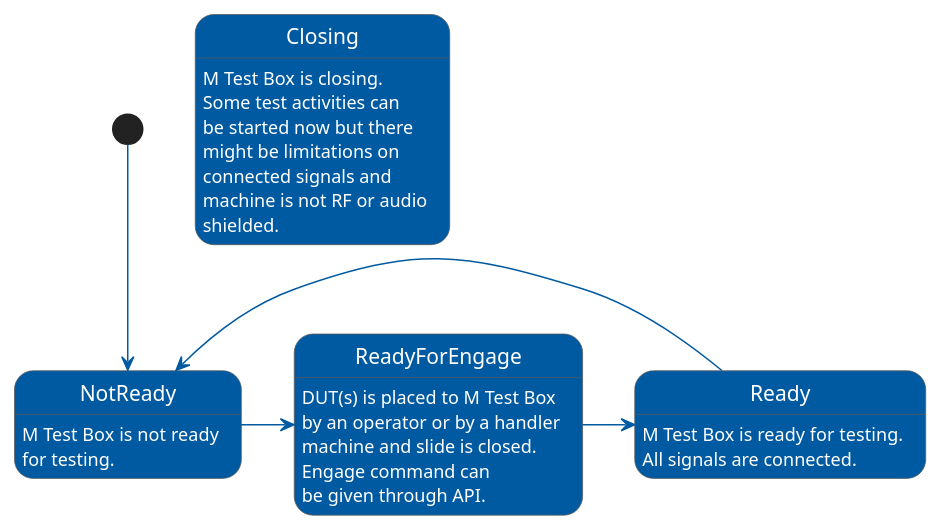
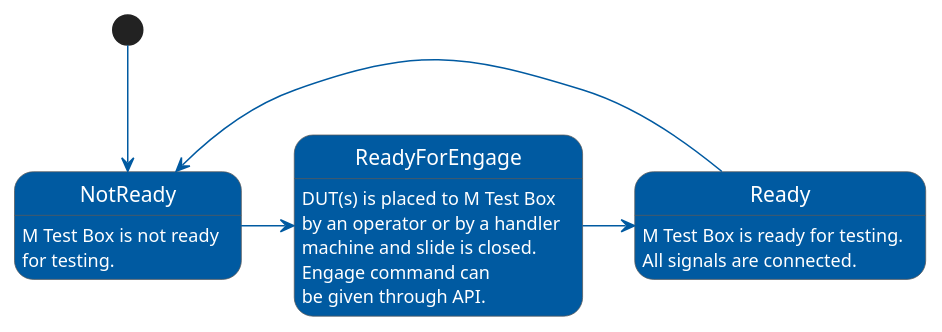
Before and after one commit to jotautomation/G5-Test-Sequencer-Docs: the diagram in pumls/M_box_states.puml, drawn with PlantUML.

Commit message:
No closing state on M box

```diff
--- a/pumls/M_box_states.puml
+++ b/pumls/M_box_states.puml
@@ -1,38 +1,30 @@
 @startuml
 skinparam state {
   StartColor #005aa1
   EndColor Red
   BackgroundColor #005aa1
   BackgroundColor<<Warning>> Olive
   BorderColor #5a5a5a
   FontName Apex
   AttributeFontColor White
   FontColor White
   ArrowColor #005aa1
 }
 
 [*] --> NotReady
 NotReady -> ReadyForEngage
 ReadyForEngage -> Ready
 Ready -> NotReady
 
 Ready: M Test Box is ready for testing.
 Ready: All signals are connected.
 
-Closing: M Test Box is closing.
-Closing: Some test activities can
-Closing: be started now but there
-Closing: might be limitations on
-Closing: connected signals and
-Closing: machine is not RF or audio
-Closing: shielded.
-
 ReadyForEngage: DUT(s) is placed to M Test Box
 ReadyForEngage: by an operator or by a handler
 ReadyForEngage: machine and slide is closed.
 ReadyForEngage: Engage command can
 ReadyForEngage: be given through API.
 
 NotReady: M Test Box is not ready
 NotReady: for testing.
 @enduml
```
